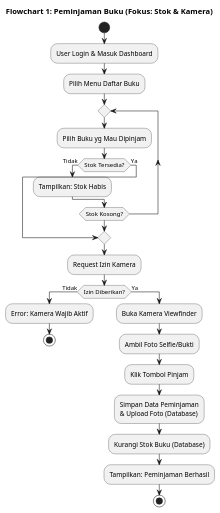
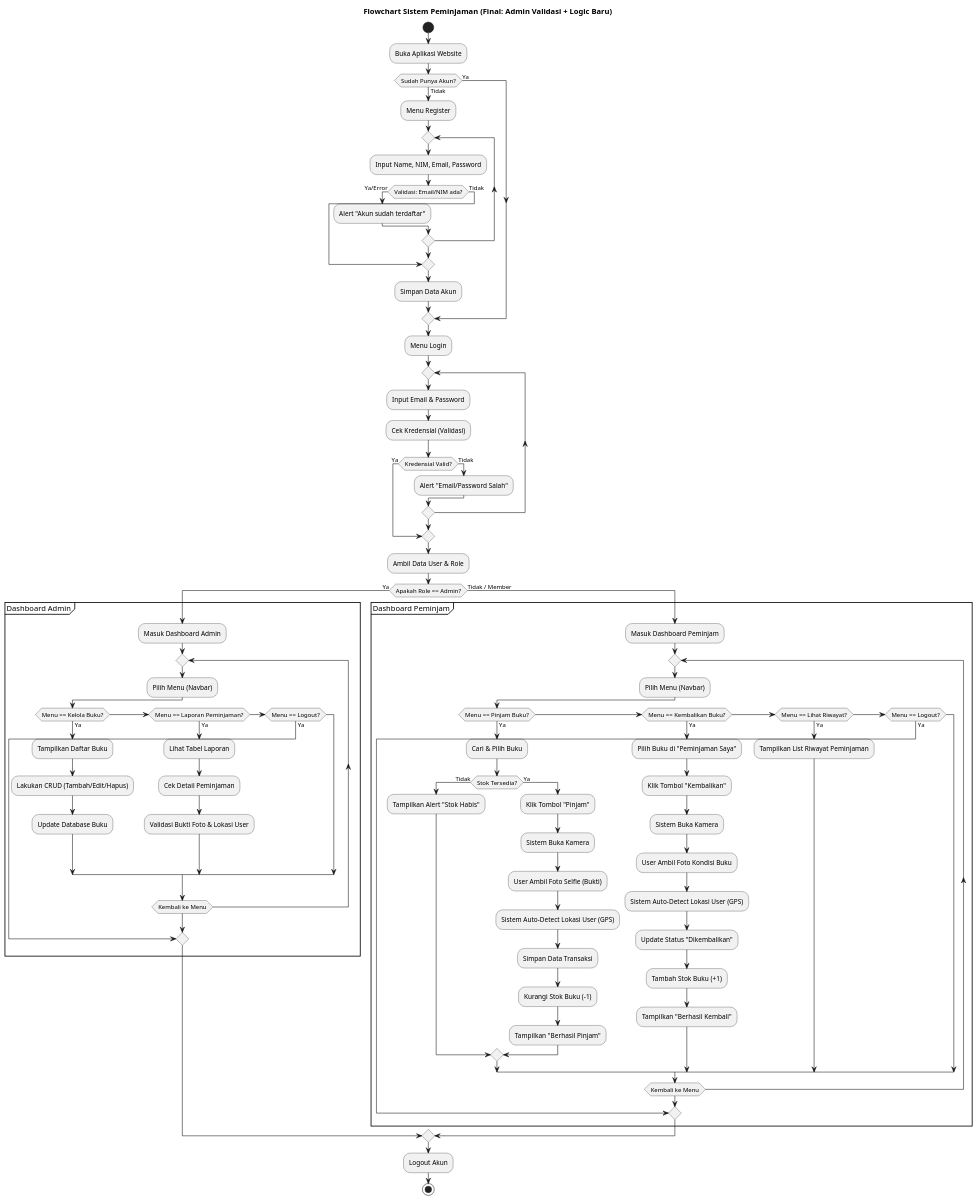
The diagram in flowchart.puml (A-PPAW-TI503P-2025/PROJECT_KELOMPOK2_LOKASI-KAMERA), drawn with PlantUML before and after one commit. The commit also changed other lines of this file, not shown here.

Commit message:
flow fix?

```diff
--- a/flowchart.puml
+++ b/flowchart.puml
@@ -1,33 +1,119 @@
 @startuml
 
-'--- FLOWCHART 1: PEMINJAMAN BUKU (BORROW) ---
-title Flowchart 1: Peminjaman Buku (Fokus: Stok & Kamera)
+title Flowchart Sistem Peminjaman (Final: Admin Validasi + Logic Baru)
 
 start
-:User Login & Masuk Dashboard;
-:Pilih Menu Daftar Buku;
-repeat
-  :Pilih Buku yg Mau Dipinjam;
-  if (Stok Tersedia?) then (Tidak)
-    :Tampilkan: Stok Habis;
-  else (Ya)
-    break
-  endif
-repeat while (Stok Kosong?)
 
-:Request Izin Kamera;
+:Buka Aplikasi Website;
 
-if (Izin Diberikan?) then (Tidak)
-  :Error: Kamera Wajib Aktif;
-  stop
+'--- ALUR REGISTER ---
+if (Sudah Punya Akun?) then (Tidak)
+  :Menu Register;
+  repeat
+    :Input Name, NIM, Email, Password;
+    if (Validasi: Email/NIM ada?) then (Ya/Error)
+      :Alert "Akun sudah terdaftar";
+    else (Tidak)
+      break
+    endif
+  repeat while
+  :Simpan Data Akun;
 else (Ya)
-  :Buka Kamera Viewfinder;
-  :Ambil Foto Selfie/Bukti;
-  :Klik Tombol Pinjam;
-  :Simpan Data Peminjaman\n& Upload Foto (Database);
-  :Kurangi Stok Buku (Database);
-  :Tampilkan: Peminjaman Berhasil;
-  stop
 endif
 
+'--- ALUR LOGIN (AUTO LOOP) ---
+:Menu Login;
+repeat
+  :Input Email & Password;
+  :Cek Kredensial (Validasi);
+  if (Kredensial Valid?) then (Ya)
+    break
+  else (Tidak)
+    :Alert "Email/Password Salah";
+  endif
+repeat while
+
+:Ambil Data User & Role;
+
+'--- PERCABANGAN ROLE ---
+if (Apakah Role == Admin?) then (Ya)
+  
+  '=== DASHBOARD ADMIN ===
+  partition "Dashboard Admin" {
+    :Masuk Dashboard Admin;
+    repeat
+      :Pilih Menu (Navbar);
+      
+      if (Menu == Kelola Buku?) then (Ya)
+        :Tampilkan Daftar Buku;
+        :Lakukan CRUD (Tambah/Edit/Hapus);
+        :Update Database Buku;
+      
+      '--- TAMBAHAN: VALIDASI BUKTI ---
+      elseif (Menu == Laporan Peminjaman?) then (Ya)
+        :Lihat Tabel Laporan;
+        :Cek Detail Peminjaman;
+        :Validasi Bukti Foto & Lokasi User; 
+        ' (Ini langkah tambahan yang kamu minta)
+        
+      elseif (Menu == Logout?) then (Ya)
+        break
+      endif
+    repeat while (Kembali ke Menu)
+  }
+
+else (Tidak / Member)
+
+  '=== DASHBOARD PEMINJAM ===
+  partition "Dashboard Peminjam" {
+    :Masuk Dashboard Peminjam;
+    repeat
+      :Pilih Menu (Navbar);
+      
+      '--- FITUR 1: PINJAM BUKU ---
+      if (Menu == Pinjam Buku?) then (Ya)
+        :Cari & Pilih Buku;
+        if (Stok Tersedia?) then (Tidak)
+          :Tampilkan Alert "Stok Habis";
+        else (Ya)
+          :Klik Tombol "Pinjam";
+          ' Logic: Kamera -> Foto & Lokasi
+          :Sistem Buka Kamera;
+          :User Ambil Foto Selfie (Bukti);
+          :Sistem Auto-Detect Lokasi User (GPS);
+          :Simpan Data Transaksi;
+          :Kurangi Stok Buku (-1);
+          :Tampilkan "Berhasil Pinjam";
+        endif
+
+      '--- FITUR 2: KEMBALIKAN BUKU ---
+      elseif (Menu == Kembalikan Buku?) then (Ya)
+        :Pilih Buku di "Peminjaman Saya";
+        :Klik Tombol "Kembalikan";
+        ' Logic: Kamera -> Foto & Lokasi
+        :Sistem Buka Kamera;
+        :User Ambil Foto Kondisi Buku;
+        :Sistem Auto-Detect Lokasi User (GPS);
+        :Update Status "Dikembalikan";
+        :Tambah Stok Buku (+1);
+        :Tampilkan "Berhasil Kembali";
+
+      '--- FITUR 3: LIHAT RIWAYAT ---
+      elseif (Menu == Lihat Riwayat?) then (Ya)
+        :Tampilkan List Riwayat Peminjaman;
+      
+      '--- FITUR 4: LOGOUT ---
+      elseif (Menu == Logout?) then (Ya)
+        break
+      endif
+      
+    repeat while (Kembali ke Menu)
+  }
+
+endif
+
+'--- ENDING ---
+:Logout Akun;
+stop
+
 @enduml
```
